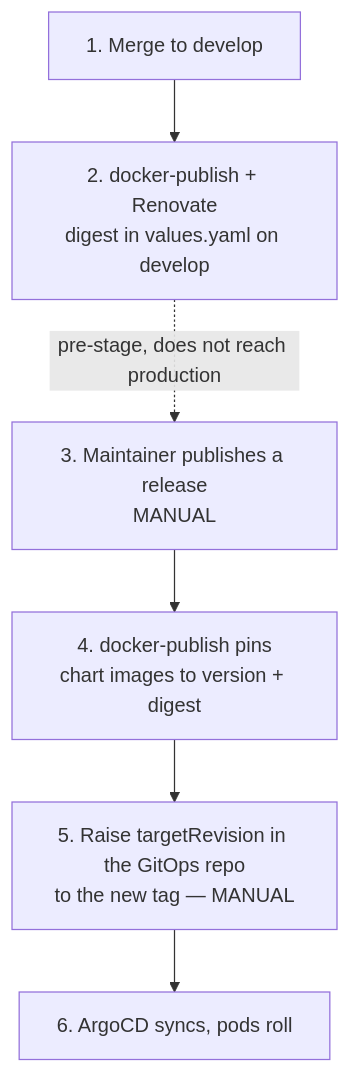
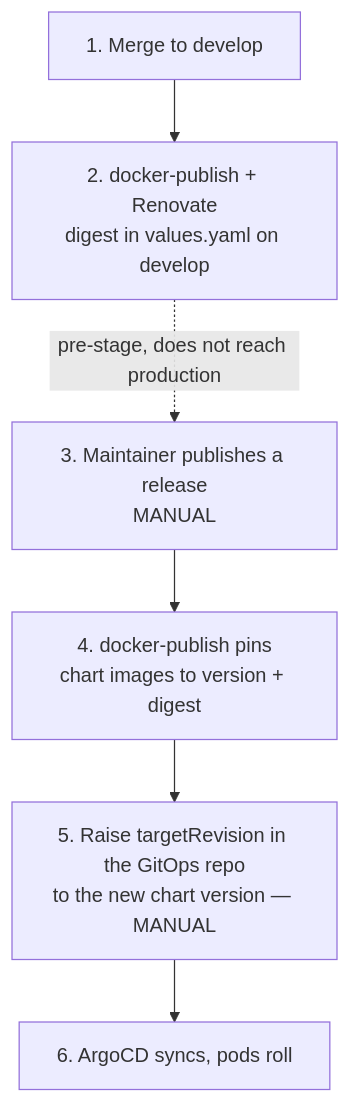
The second of 2 diagrams in docs/en/deployment/ci-cd.md (nolte/kamerplanter), drawn with Mermaid before and after one commit. The commit also changed other lines of this file and 1 other file, not shown here.

First line of the commit message:
docs(ci-cd): follow the production overlay onto the OCI chart

````diff
--- a/docs/en/deployment/ci-cd.md
+++ b/docs/en/deployment/ci-cd.md
@@ -506,8 +506,8 @@
 ```mermaid
 graph TD
     A[1. Merge to develop] --> B[2. docker-publish + Renovate<br/>digest in values.yaml on develop]
     B -.pre-stage, does not reach production.-> C
     C[3. Maintainer publishes a release<br/>MANUAL] --> D[4. docker-publish pins<br/>chart images to version + digest]
-    D --> E[5. Raise targetRevision in the GitOps repo<br/>to the new tag — MANUAL]
+    D --> E[5. Raise targetRevision in the GitOps repo<br/>to the new chart version — MANUAL]
     E --> F[6. ArgoCD syncs, pods roll]
 ```
````
